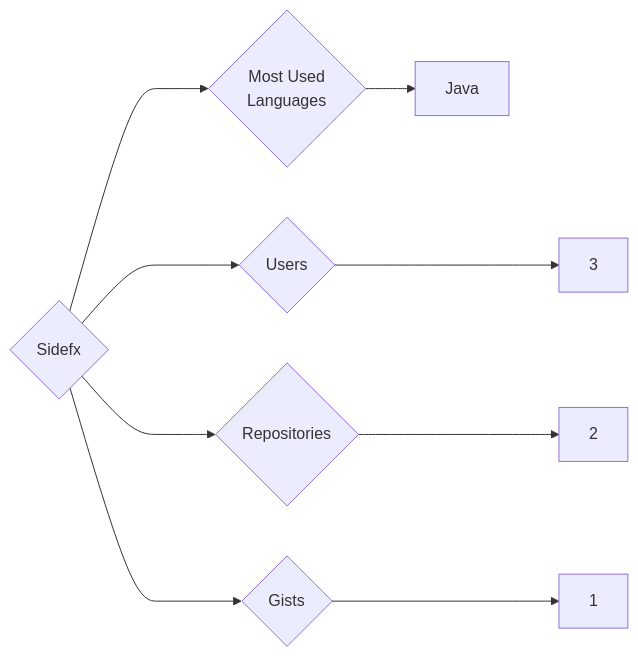
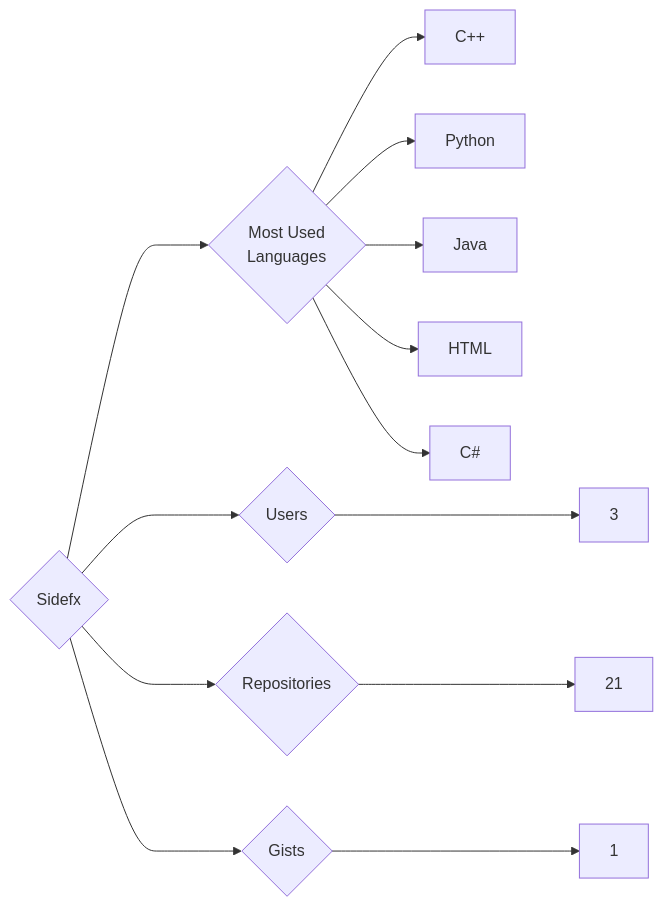
Before and after one commit to trickest/insiders: the diagram in targets/Sidefx/README.md, drawn with Mermaid. The commit also changed 1389 other files, not shown here.

````diff
--- a/targets/Sidefx/README.md
+++ b/targets/Sidefx/README.md
@@ -3,9 +3,13 @@
 ```mermaid
 graph LR
 COMPANY_NAME{Sidefx}
 COMPANY_NAME ---> U{Users} ---> UN[3]
-COMPANY_NAME ---> R{Repositories} ---> RN[2]
+COMPANY_NAME ---> R{Repositories} ---> RN[21]
 COMPANY_NAME ---> G{Gists} ---> GN[1]
 COMPANY_NAME ---> ML{Most Used<br>Languages}
+ML --> C++[C++]
+ML --> Python[Python]
 ML --> Java[Java]
+ML --> HTML[HTML]
+ML --> C#[C#]
 ```
````
